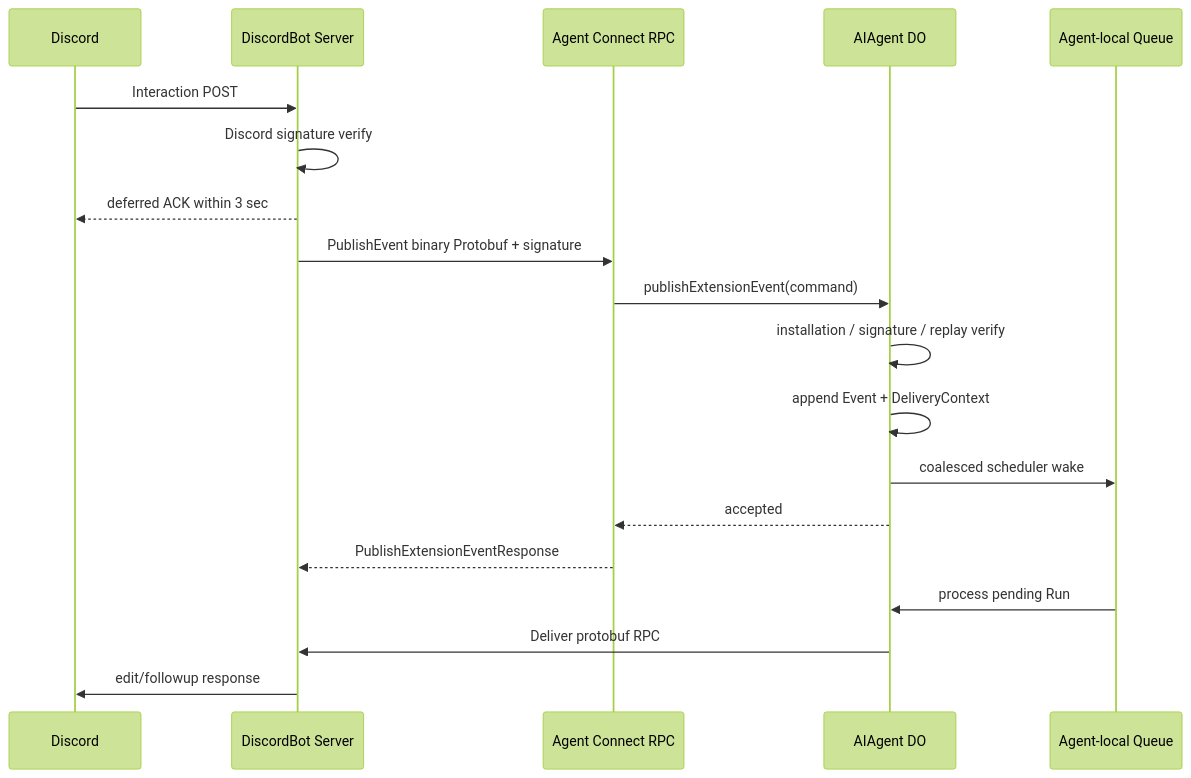
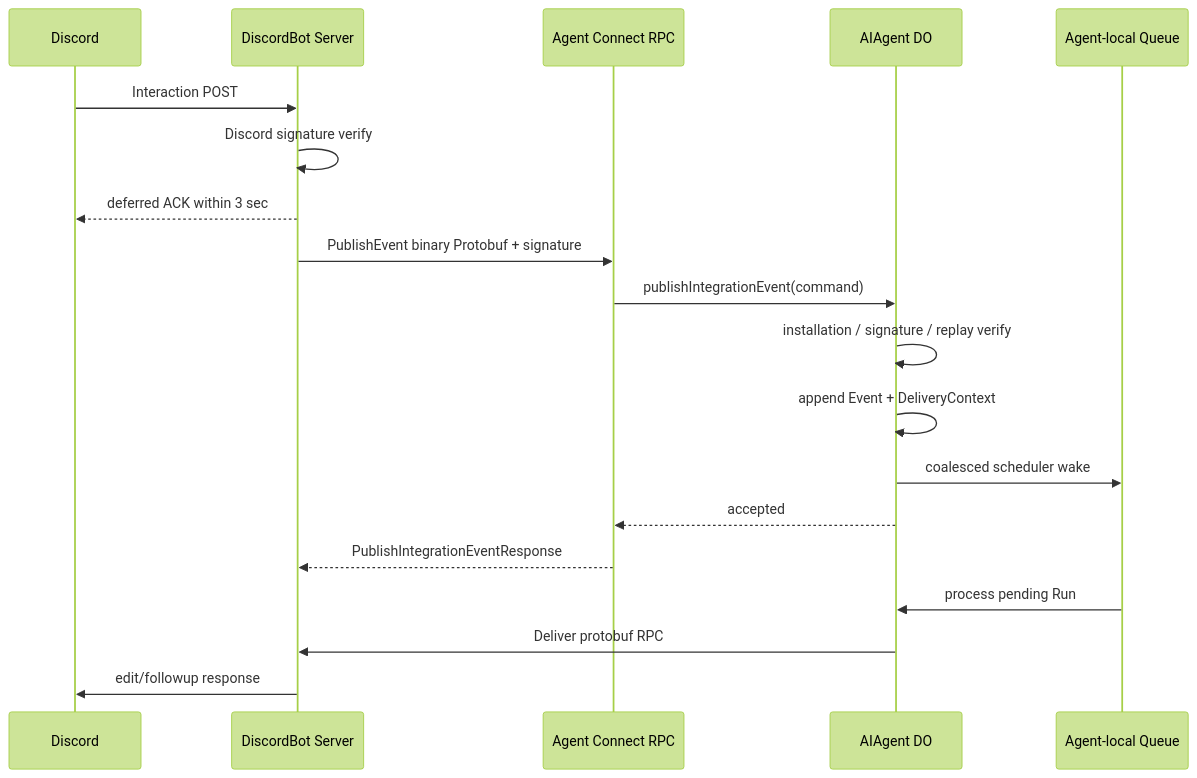
One commit to Suzlun/cf-tamac changed the fourth of 4 diagrams in docs/memo/仕様設計・アーキテクチャ設定.md. Above: the diagram before and after it, drawn with Mermaid (forest theme). The commit also changed other lines of this file and 64 other files, not shown here.

Commit message:
refactor: rename extension terminology to integration

````diff
--- a/docs/memo/仕様設計・アーキテクチャ設定.md
+++ b/docs/memo/仕様設計・アーキテクチャ設定.md
@@ -2003,23 +2003,23 @@
 ```mermaid
 sequenceDiagram
     participant D as Discord
     participant P as DiscordBot Server
     participant R as Agent Connect RPC
     participant A as AIAgent DO
     participant Q as Agent-local Queue
 
     D->>P: Interaction POST
     P->>P: Discord signature verify
     P-->>D: deferred ACK within 3 sec
     P->>R: PublishEvent binary Protobuf + signature
-    R->>A: publishExtensionEvent(command)
+    R->>A: publishIntegrationEvent(command)
     A->>A: installation / signature / replay verify
     A->>A: append Event + DeliveryContext
     A->>Q: coalesced scheduler wake
     A-->>R: accepted
-    R-->>P: PublishExtensionEventResponse
+    R-->>P: PublishIntegrationEventResponse
 
     Q->>A: process pending Run
     A->>P: Deliver protobuf RPC
     P->>D: edit/followup response
 ```
````
